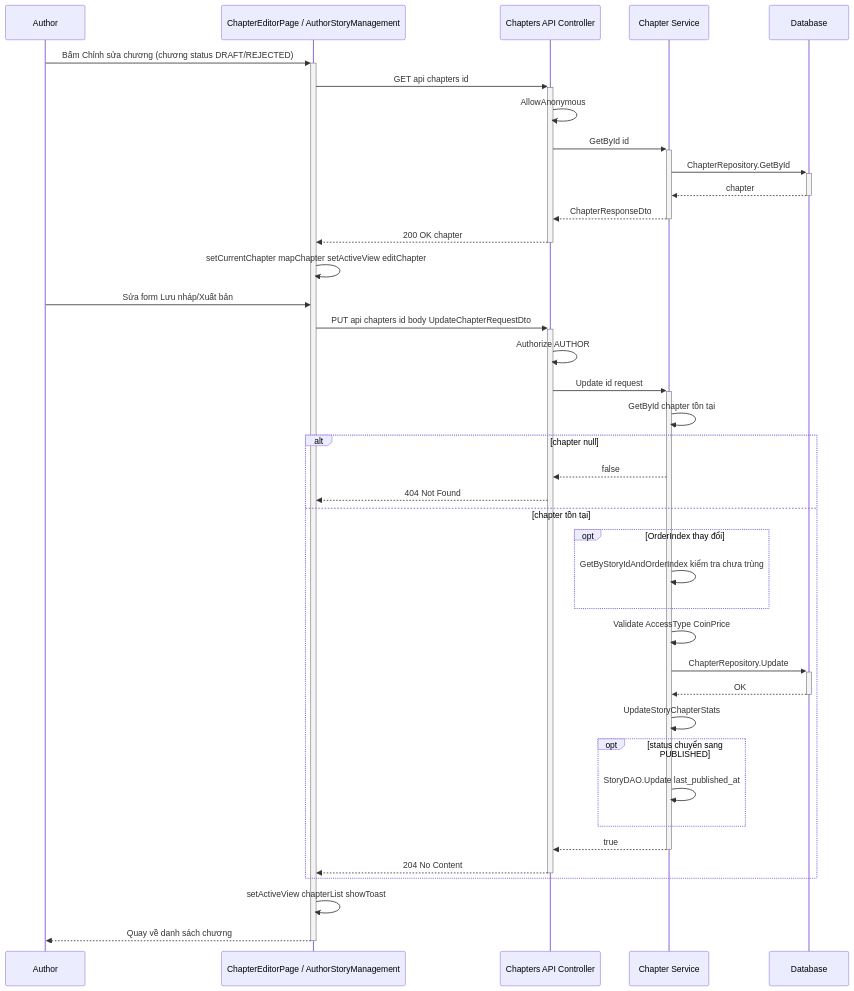
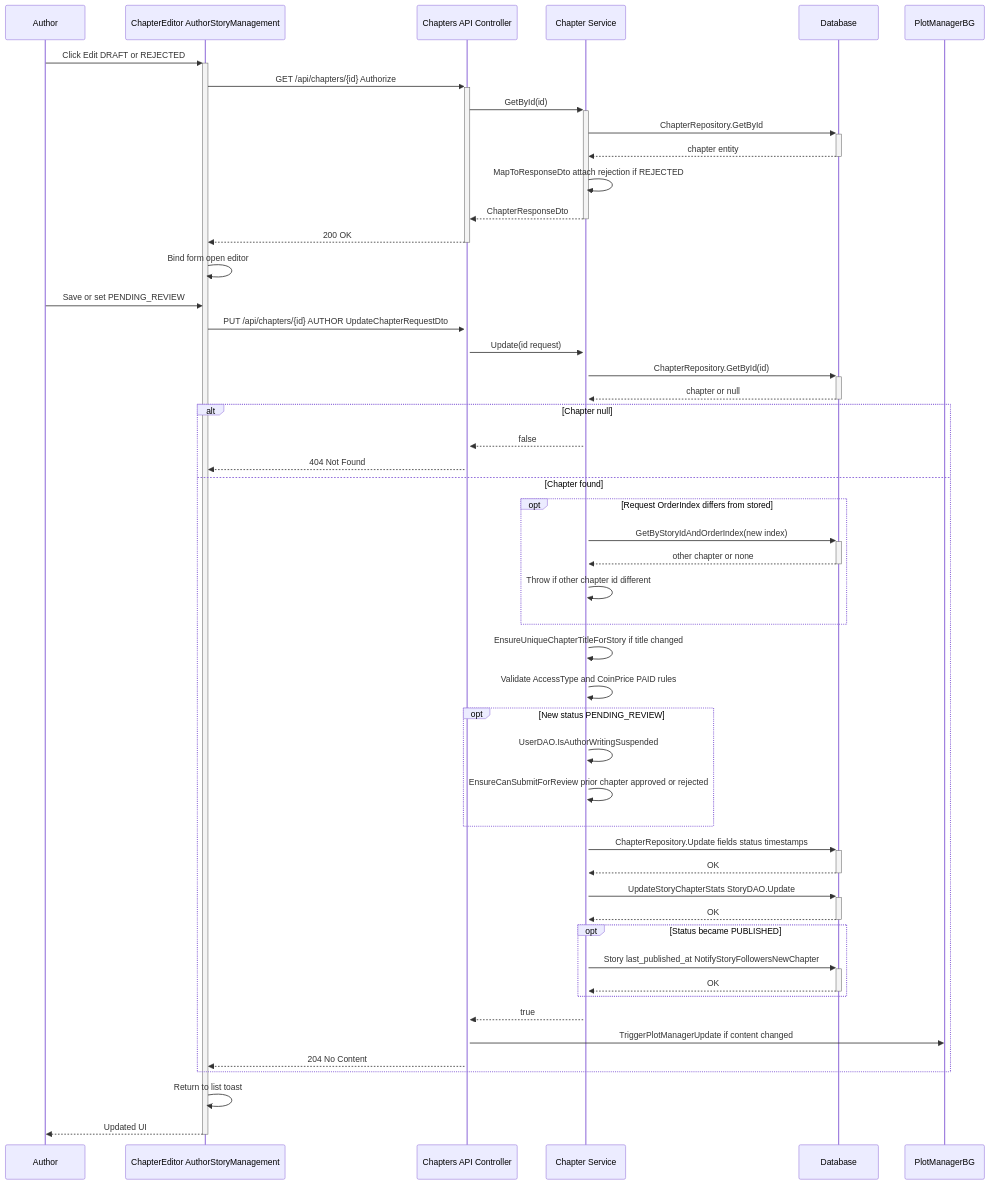
One commit to HoangHHHE176425/SEP490-G59-AICommunityStoryWriting changed the third of 8 diagrams in frontend/sep490-g59-aicommunitystorywriting/docs/sequence-diagram-chapter-management.md. Above: the diagram before and after it, drawn with Mermaid. The commit also changed other lines of this file, not shown here.

````diff
--- a/frontend/sep490-g59-aicommunitystorywriting/docs/sequence-diagram-chapter-management.md
+++ b/frontend/sep490-g59-aicommunitystorywriting/docs/sequence-diagram-chapter-management.md
@@ -88,42 +224,53 @@
 ```mermaid
 sequenceDiagram
     participant Author
-    participant FE as ChapterEditorPage / AuthorStoryManagement
+    participant FE as ChapterEditor AuthorStoryManagement
     participant API as Chapters API Controller
     participant Svc as Chapter Service
     participant DB as Database
+    participant PM as PlotManagerBG
 
-    Author->>+FE: Bấm Chỉnh sửa chương (chương status DRAFT/REJECTED)
-    FE->>+API: GET api chapters id
-    API->>API: AllowAnonymous
-    API->>+Svc: GetById id
+    Author->>+FE: Click Edit DRAFT or REJECTED
+    FE->>+API: GET /api/chapters/{id} Authorize
+    API->>+Svc: GetById(id)
     Svc->>+DB: ChapterRepository.GetById
-    DB-->>-Svc: chapter
+    DB-->>-Svc: chapter entity
+    Svc->>Svc: MapToResponseDto attach rejection if REJECTED
     Svc-->>-API: ChapterResponseDto
-    API-->>-FE: 200 OK chapter
-    FE->>FE: setCurrentChapter mapChapter setActiveView editChapter
-    Author->>FE: Sửa form Lưu nháp/Xuất bản
-    FE->>+API: PUT api chapters id body UpdateChapterRequestDto
-    API->>API: Authorize AUTHOR
-    API->>+Svc: Update id request
-    Svc->>Svc: GetById chapter tồn tại
-    alt chapter null
+    API-->>-FE: 200 OK
+    FE->>FE: Bind form open editor
+    Author->>FE: Save or set PENDING_REVIEW
+    FE->>+API: PUT /api/chapters/{id} AUTHOR UpdateChapterRequestDto
+    API->>+Svc: Update(id request)
+    Svc->>+DB: ChapterRepository.GetById(id)
+    DB-->>-Svc: chapter or null
+    alt Chapter null
         Svc-->>API: false
         API-->>FE: 404 Not Found
-    else chapter tồn tại
-        opt OrderIndex thay đổi
-            Svc->>Svc: GetByStoryIdAndOrderIndex kiểm tra chưa trùng
+    else Chapter found
+        opt Request OrderIndex differs from stored
+            Svc->>+DB: GetByStoryIdAndOrderIndex(new index)
+            DB-->>-Svc: other chapter or none
+            Svc->>Svc: Throw if other chapter id different
         end
-        Svc->>Svc: Validate AccessType CoinPrice
-        Svc->>+DB: ChapterRepository.Update
+        Svc->>Svc: EnsureUniqueChapterTitleForStory if title changed
+        Svc->>Svc: Validate AccessType and CoinPrice PAID rules
+        opt New status PENDING_REVIEW
+            Svc->>Svc: UserDAO.IsAuthorWritingSuspended
+            Svc->>Svc: EnsureCanSubmitForReview prior chapter approved or rejected
+        end
+        Svc->>+DB: ChapterRepository.Update fields status timestamps
         DB-->>-Svc: OK
-        Svc->>Svc: UpdateStoryChapterStats
-        opt status chuyển sang PUBLISHED
-            Svc->>Svc: StoryDAO.Update last_published_at
+        Svc->>+DB: UpdateStoryChapterStats StoryDAO.Update
+        DB-->>-Svc: OK
+        opt Status became PUBLISHED
+            Svc->>+DB: Story last_published_at NotifyStoryFollowersNewChapter
+            DB-->>-Svc: OK
         end
-        Svc-->>-API: true
-        API-->>-FE: 204 No Content
+        Svc-->>API: true
+        API->>PM: TriggerPlotManagerUpdate if content changed
+        API-->>FE: 204 No Content
     end
-    FE->>FE: setActiveView chapterList showToast
-    FE-->>-Author: Quay về danh sách chương
+    FE->>FE: Return to list toast
+    FE-->>-Author: Updated UI
 ```
````
